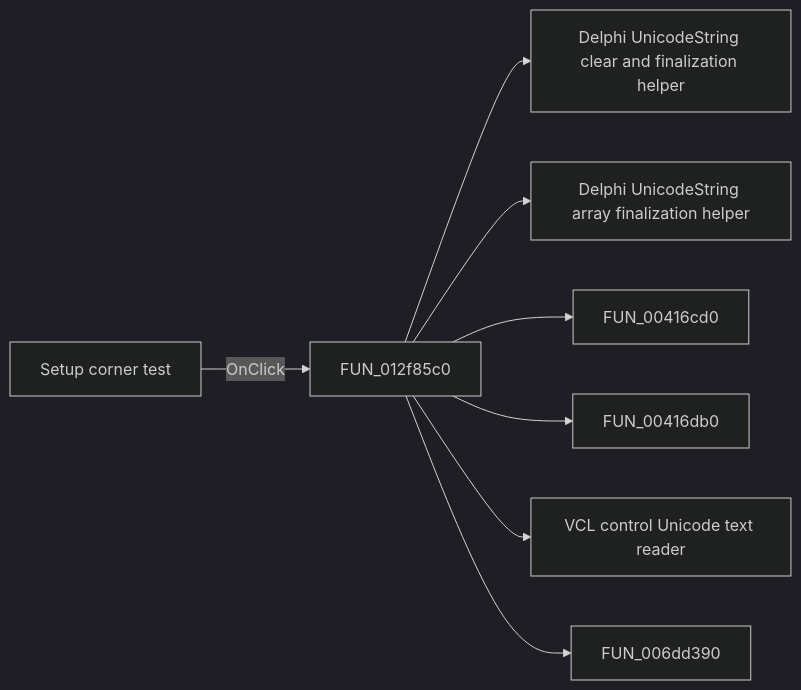
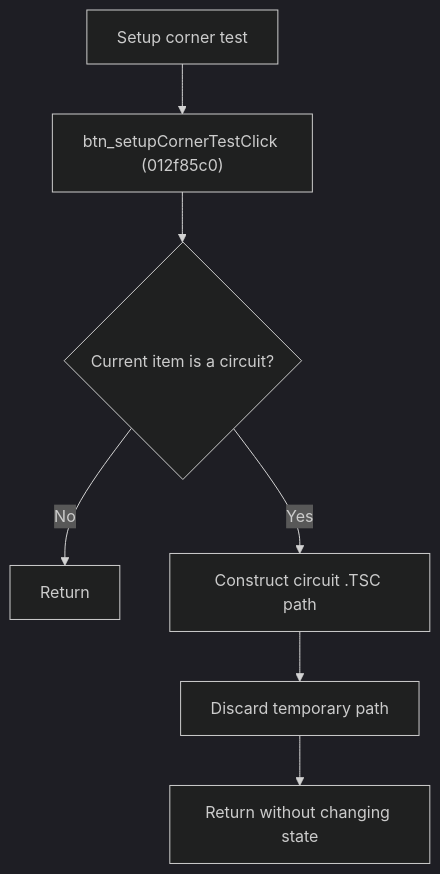
Before and after one commit to MovGP0/TIARA: the diagram in docs/ui-controls/frmmodeltestbencheditor/btn-setupcornertest-1308b443ef.md, drawn with Mermaid (dark theme). The commit also changed other lines of this file and 387 other files, not shown here.

````diff
--- a/docs/ui-controls/frmmodeltestbencheditor/btn-setupcornertest-1308b443ef.md
+++ b/docs/ui-controls/frmmodeltestbencheditor/btn-setupcornertest-1308b443ef.md
@@ -27,10 +29,9 @@
 ```mermaid
-flowchart LR
-    control["Setup corner test"] -->|OnClick| handler["FUN_012f85c0"]
-    handler --> call1["Delphi UnicodeString clear and finalization helper"]
-    handler --> call2["Delphi UnicodeString array finalization helper"]
-    handler --> call3["FUN_00416cd0"]
-    handler --> call4["FUN_00416db0"]
-    handler --> call5["VCL control Unicode text reader"]
-    handler --> call6["FUN_006dd390"]
+flowchart TD
+    control["Setup corner test"] --> handler["btn_setupCornerTestClick (012f85c0)"]
+    handler --> circuit{"Current item is a circuit?"}
+    circuit -->|No| stop["Return"]
+    circuit -->|Yes| path["Construct circuit .TSC path"]
+    path --> cleanup["Discard temporary path"]
+    cleanup --> stop2["Return without changing state"]
 ```
````
